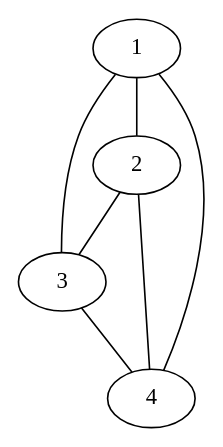
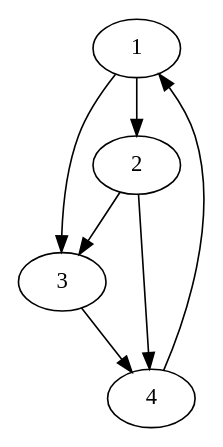
Before and after one commit to gabrieldickert/graphenundnetzwerke: the diagram in dot/k4.dot, drawn with Graphviz. The commit also changed 16 other files, not shown here.

```diff
--- a/dot/k4.dot
+++ b/dot/k4.dot
@@ -1,8 +1,8 @@
-graph g {
-1 -- 2
-1 -- 3
-2 -- 3
-2 -- 4
-3 -- 4
-4 -- 1
+digraph g {
+1 -> 2
+1 -> 3
+2 -> 3
+2 -> 4
+3 -> 4
+4 -> 1
 }
```
